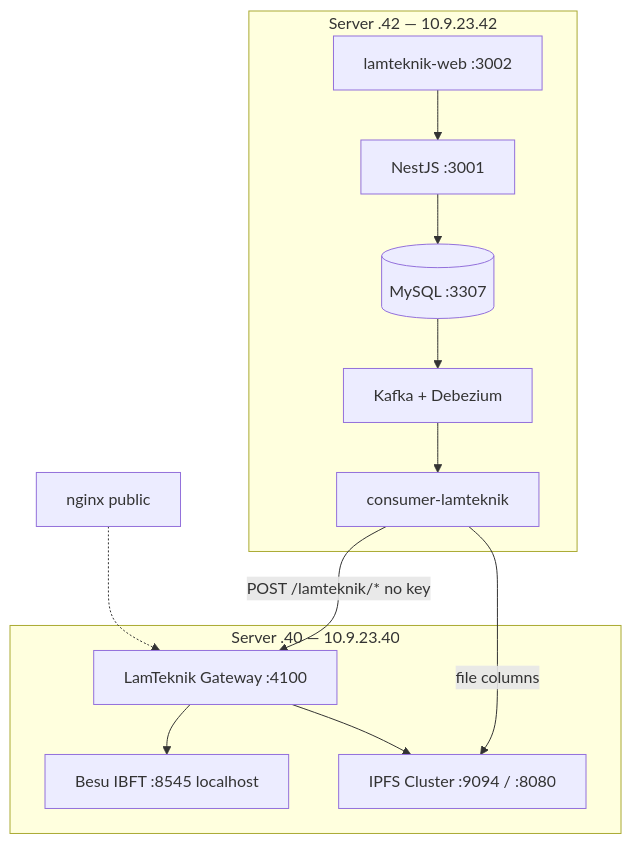
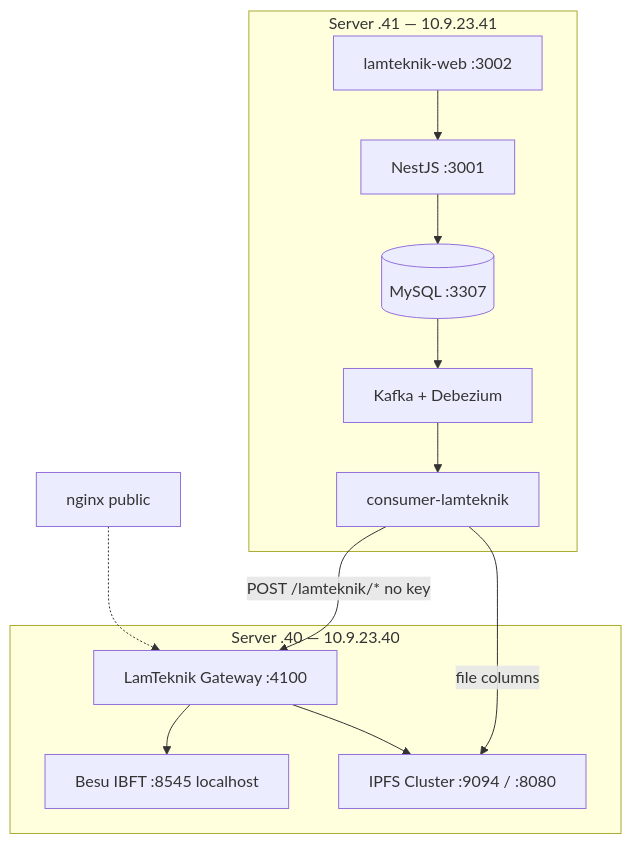
The diagram in context/infrastructure.md (DeITdev/lamteknik-blockchain), drawn with Mermaid before and after one commit. The commit also changed other lines of this file and 1042 other files, not shown here.

````diff
--- a/context/infrastructure.md
+++ b/context/infrastructure.md
@@ -32,25 +34,25 @@
 ```mermaid
 flowchart TB
   subgraph vm40 ["Server .40 — 10.9.23.40"]
     Besu[Besu IBFT :8545 localhost]
     IPFS[IPFS Cluster :9094 / :8080]
     GW[LamTeknik Gateway :4100]
     GW --> Besu
     GW --> IPFS
   end
 
-  subgraph vm42 ["Server .42 — 10.9.23.42"]
+  subgraph vm41 ["Server .41 — 10.9.23.41"]
     MySQL[(MySQL :3307)]
     Kafka[Kafka + Debezium]
     Consumer[consumer-lamteknik]
     Nest[NestJS :3001]
     Web[lamteknik-web :3002]
   end
 
   Nginx[nginx public] -.-> GW
   Consumer -->|"POST /lamteknik/* no key"| GW
   Consumer -->|"file columns"| IPFS
   Nest --> MySQL
   MySQL --> Kafka --> Consumer
   Web --> Nest
 ```
````
